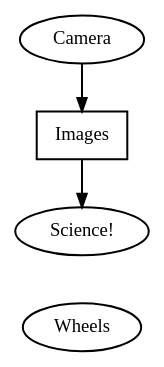
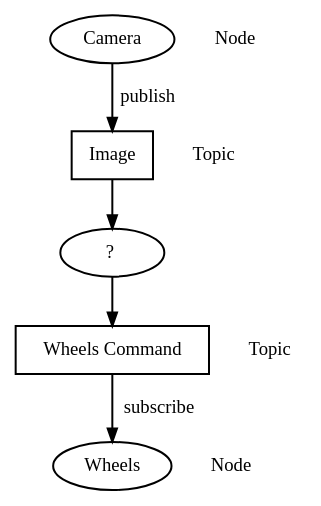
Before and after one commit to shihyuan/duckietown_ros_slides: the diagram in dot/robot_as_graph_5.dot, drawn with Graphviz. The commit also changed 16 other files, not shown here.

```diff
--- a/dot/robot_as_graph_5.dot
+++ b/dot/robot_as_graph_5.dot
@@ -1,16 +1,29 @@
-digraph a{
+digraph {
 	edge [penwidth=1.5]
 	node [penwidth=1.5]
 	
+	//Nodes
 	node [shape=ellipse,style=filled,fillcolor=white];
 	sensors[label="Camera"];
 	actuators[label="Wheels"];
-	mystery_box[label="Science!",style=filled];
+	mystery_node[label="    ?    "];
+	sensors_side[shape=plaintext, label="Node"];
+	actuators_side[shape=plaintext, label="Node"];
+	{rank=same;sensors;sensors_side}
+	{rank=same;actuators;actuators_side}
 
+	//Topics
 	node [shape=box,fillcolor=white];
-	image[label="Images"];
+	image[label="Image"];
+	wheels_cmd[label="Wheels Command"];
+	image_side[shape=plaintext, label="Topic"];
+	wheels_cmd_side[shape=plaintext, label="Topic"];
+	{rank=same;image;image_side}
+	{rank=same;wheels_cmd;wheels_cmd_side}
 
-	sensors->image;
-	image->mystery_box;
-	mystery_box->actuators[style=invis];
+	//Edges
+	sensors->image[label="publish"];
+	image->mystery_node;
+	mystery_node->wheels_cmd;
+	wheels_cmd->actuators[label="subscribe"];
 }
```
